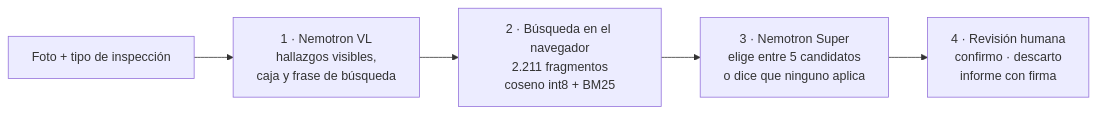
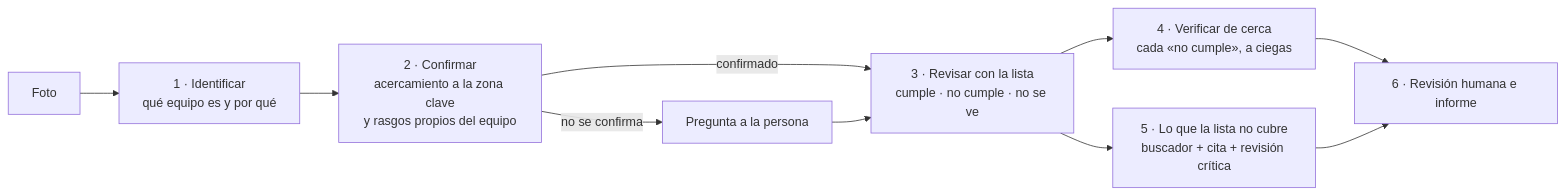
The diagram in README.md (JSNN15/supervisor), drawn with Mermaid before and after one commit. The commit also changed other lines of this file and 4 other files, not shown here.

Commit message:
Versión 2: identificar, confirmar de cerca, revisar con lista por equipo, verificar a ciegas

````diff
--- a/README.md
+++ b/README.md
@@ -22,7 +20,12 @@
 ```mermaid
 flowchart LR
-    F[Foto + tipo de inspección] --> V["1 · Nemotron VL<br/>hallazgos visibles,<br/>caja y frase de búsqueda"]
-    V --> B["2 · Búsqueda en el navegador<br/>2.211 fragmentos<br/>coseno int8 + BM25"]
-    B --> C["3 · Nemotron Super<br/>elige entre 5 candidatos<br/>o dice que ninguno aplica"]
-    C --> R["4 · Revisión humana<br/>confirmo · descarto<br/>informe con firma"]
+    F[Foto] --> I["1 · Identificar<br/>qué equipo es y por qué"]
+    I --> C["2 · Confirmar<br/>acercamiento a la zona clave<br/>y rasgos propios del equipo"]
+    C -->|no se confirma| P[Pregunta a la persona]
+    C -->|confirmado| R["3 · Revisar con la lista<br/>cumple · no cumple · no se ve"]
+    P --> R
+    R --> V["4 · Verificar de cerca<br/>cada «no cumple», a ciegas"]
+    R --> O["5 · Lo que la lista no cubre<br/>buscador + cita + revisión crítica"]
+    V --> H[6 · Revisión humana e informe]
+    O --> H
 ```
````
